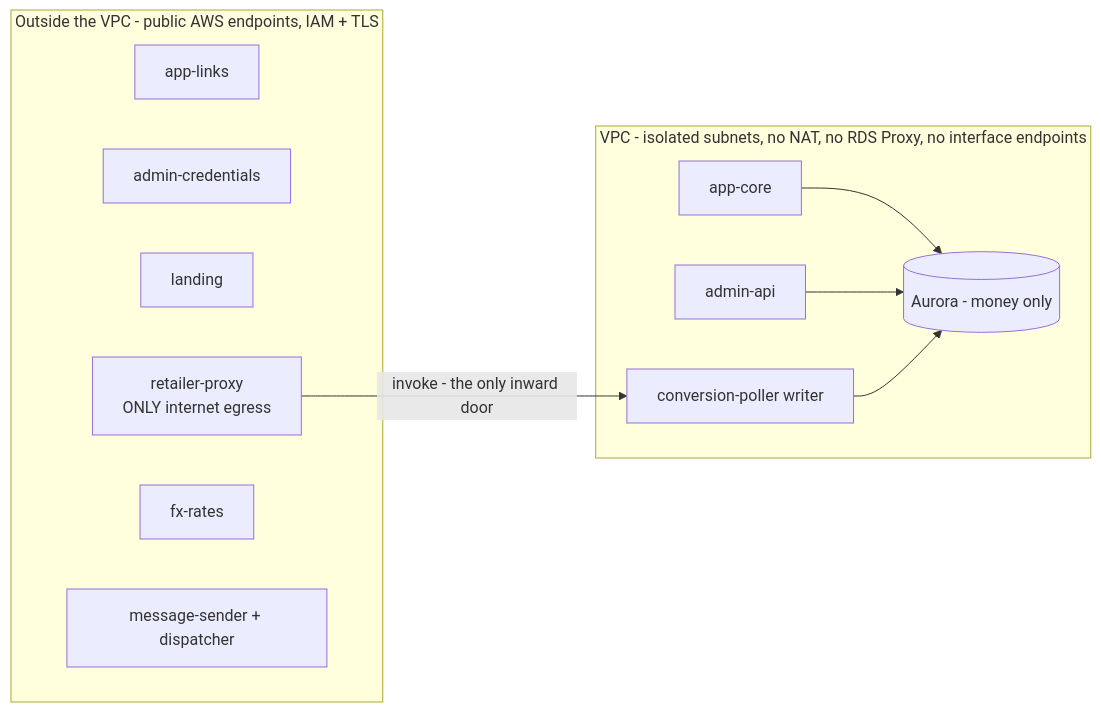
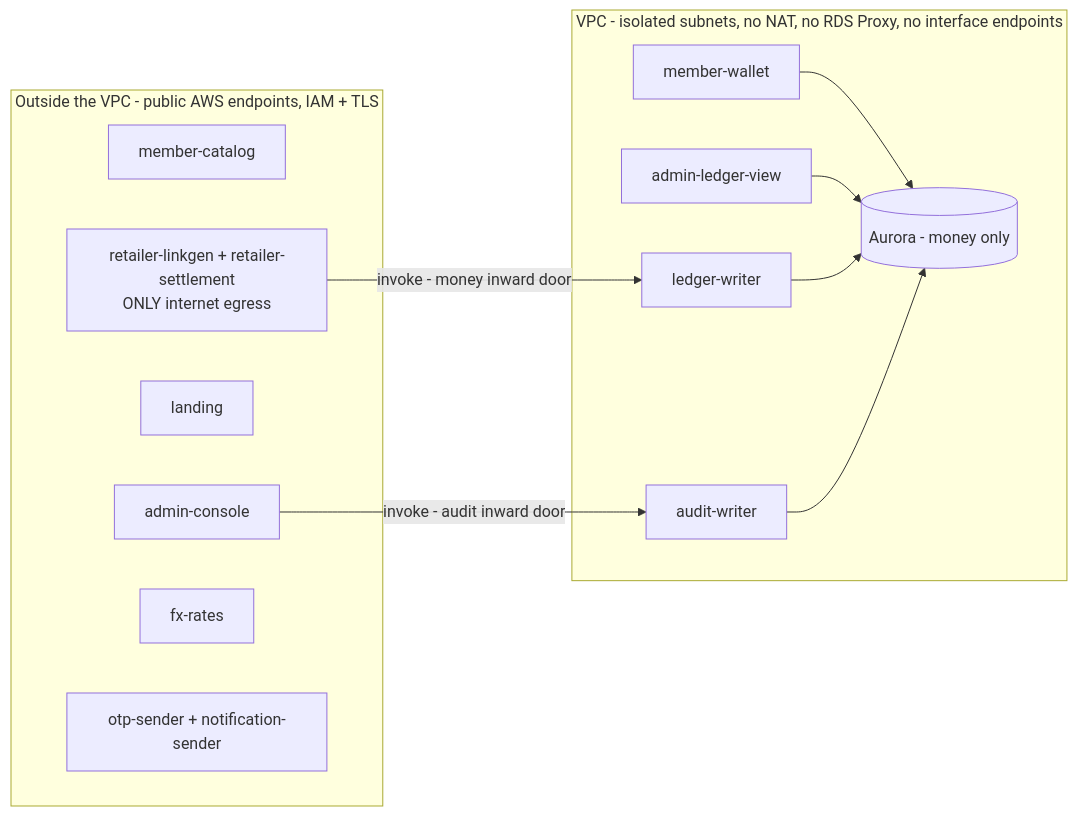
The fifth of 6 diagrams in slides/presentation.md (wanthat-app/monorepo), drawn with Mermaid before and after one commit. The commit also changed other lines of this file and 22 other files, not shown here.

First line of the commit message:
docs(refactor): rewrite ADRs + architecture docs + slides for the 15-function topology (refactor PR 9/9) (#197)

````diff
--- a/slides/presentation.md
+++ b/slides/presentation.md
@@ -517,21 +528,24 @@
 ```mermaid
 flowchart LR
   subgraph out["Outside the VPC - public AWS endpoints, IAM + TLS"]
-    applinks["app-links"]
-    admincred["admin-credentials"]
+    catalog["member-catalog"]
+    admincon["admin-console"]
     landing["landing"]
-    proxy["retailer-proxy<br>ONLY internet egress"]
+    retailer["retailer-linkgen + retailer-settlement<br>ONLY internet egress"]
     fx["fx-rates"]
-    msg["message-sender + dispatcher"]
+    msg["otp-sender + notification-sender"]
   end
   subgraph vpc["VPC - isolated subnets, no NAT, no RDS Proxy, no interface endpoints"]
-    appcore["app-core"]
-    adminsvc["admin-api"]
-    writer["conversion-poller writer"]
+    wallet["member-wallet"]
+    ledgerview["admin-ledger-view"]
+    writer["ledger-writer"]
+    auditw["audit-writer"]
     aurora[("Aurora - money only")]
   end
-  proxy -- "invoke - the only inward door" --> writer
-  appcore --> aurora
-  adminsvc --> aurora
+  retailer -- "invoke - money inward door" --> writer
+  admincon -- "invoke - audit inward door" --> auditw
+  wallet --> aurora
+  ledgerview --> aurora
   writer --> aurora
+  auditw --> aurora
 ```
````
